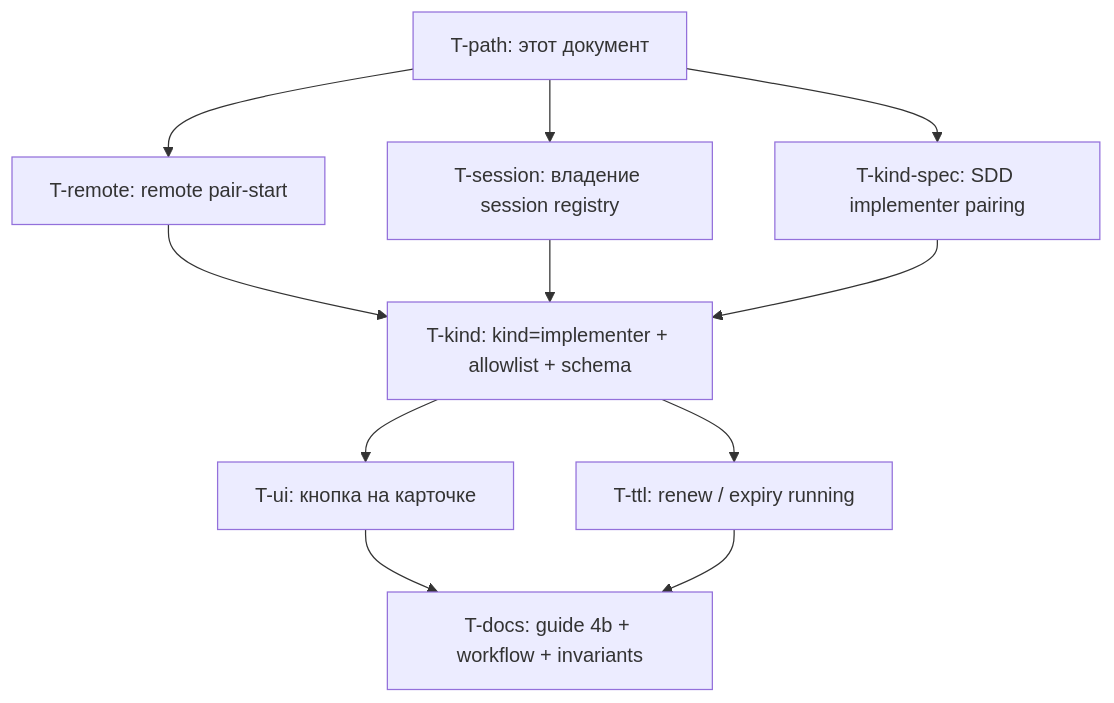
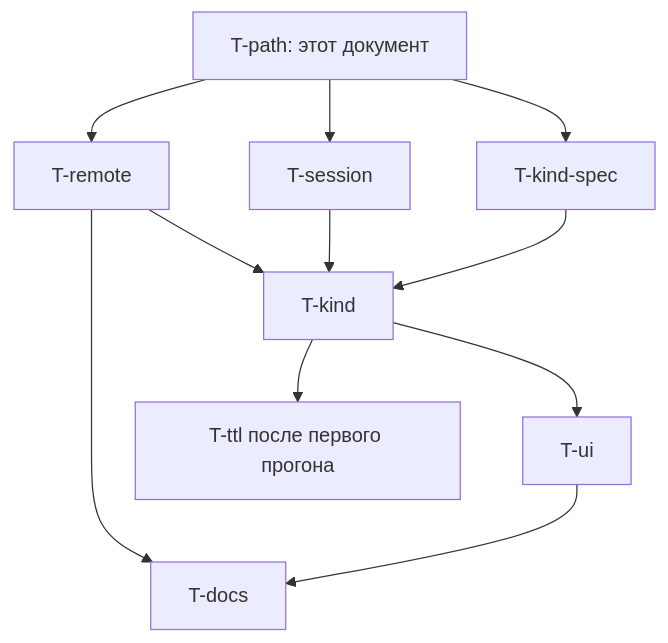
One commit to agentdrover/haiplane changed the diagram in docs/issues/chat-pair-implementer-path.md. Above: the diagram before and after it, drawn with Mermaid. The commit also changed other lines of this file, not shown here.

First line of the commit message:
docs: revise implementer path after spec review

````diff
--- a/docs/issues/chat-pair-implementer-path.md
+++ b/docs/issues/chat-pair-implementer-path.md
@@ -197,13 +224,13 @@
 ```mermaid
 flowchart TD
-  P["T-path: этот документ"] --> R["T-remote: remote pair-start"]
-  P --> S["T-session: владение session registry"]
-  P --> Kspec["T-kind-spec: SDD implementer pairing"]
-  R --> K["T-kind: kind=implementer + allowlist + schema"]
+  P["T-path: этот документ"] --> R["T-remote"]
+  P --> S["T-session"]
+  P --> Kspec["T-kind-spec"]
+  R --> K["T-kind"]
   S --> K
   Kspec --> K
-  K --> UI["T-ui: кнопка на карточке"]
-  K --> TTL["T-ttl: renew / expiry running"]
-  UI --> DOC["T-docs: guide 4b + workflow + invariants"]
-  TTL --> DOC
+  K --> UI["T-ui"]
+  K --> TTL["T-ttl после первого прогона"]
+  R --> DOC["T-docs"]
+  UI --> DOC
 ```
````
